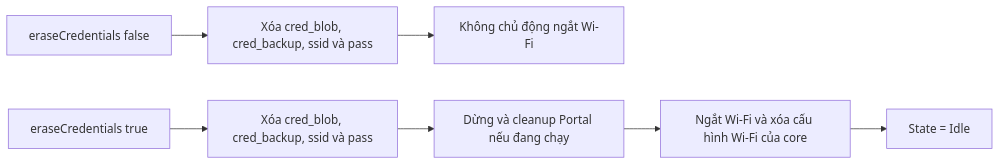
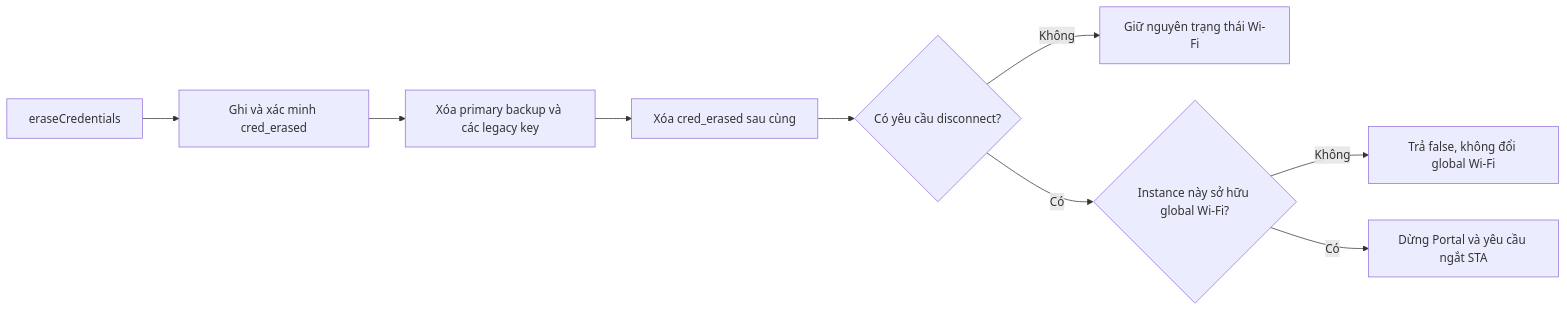
One commit to NguyenHien-8/ESP32WiFiPortal changed the eighth of 11 diagrams in docs/FlowChart_VI.md. Above: the diagram before and after it, drawn with Mermaid. The commit also changed other lines of this file and 11 other files, not shown here.

````diff
--- a/docs/FlowChart_VI.md
+++ b/docs/FlowChart_VI.md
@@ -231,9 +234,11 @@
 ```mermaid
 flowchart LR
-    A[eraseCredentials false] --> B[Xóa cred_blob, cred_backup, ssid và pass]
-    B --> C[Không chủ động ngắt Wi-Fi]
-    D[eraseCredentials true] --> F[Xóa cred_blob, cred_backup, ssid và pass]
-    F --> E[Dừng và cleanup Portal nếu đang chạy]
-    E --> G[Ngắt Wi-Fi và xóa cấu hình Wi-Fi của core]
-    G --> H[State = Idle]
+    A[eraseCredentials] --> B[Ghi và xác minh cred_erased]
+    B --> C[Xóa primary backup và các legacy key]
+    C --> D[Xóa cred_erased sau cùng]
+    D --> E{Có yêu cầu disconnect?}
+    E -- Không --> F[Giữ nguyên trạng thái Wi-Fi]
+    E -- Có --> G{Instance này sở hữu global Wi-Fi?}
+    G -- Không --> H[Trả false, không đổi global Wi-Fi]
+    G -- Có --> I[Dừng Portal và yêu cầu ngắt STA]
 ```
````
